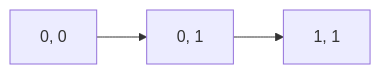
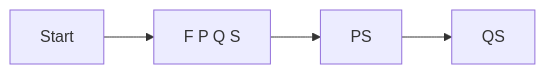
One commit to imxade/dontCompete changed the second of 2 diagrams in frontend/public/assets/gate/ee/digital-electronic/k-map.md. Above: the diagram before and after it, drawn with Mermaid. The commit also changed other lines of this file and 4395 other files, not shown here.

````diff
--- a/frontend/public/assets/gate/ee/digital-electronic/k-map.md
+++ b/frontend/public/assets/gate/ee/digital-electronic/k-map.md
@@ -25,5 +73,7 @@
 ```mermaid
-graph LR;
-    A[0, 0] --> B[0, 1]
-    B --> C[1, 1];
+graph LR
+A[Start] --> B[F P Q S]
+B --> C[PS]
+C --> D[QS]
+
 ```
````
